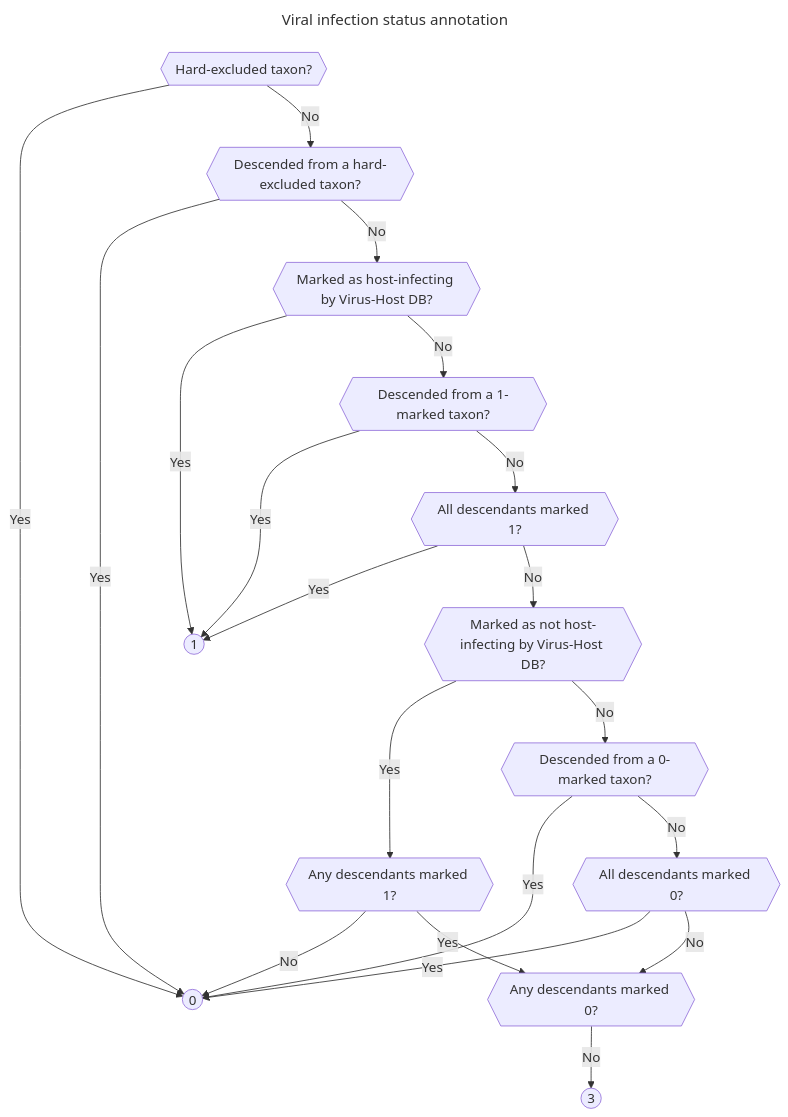
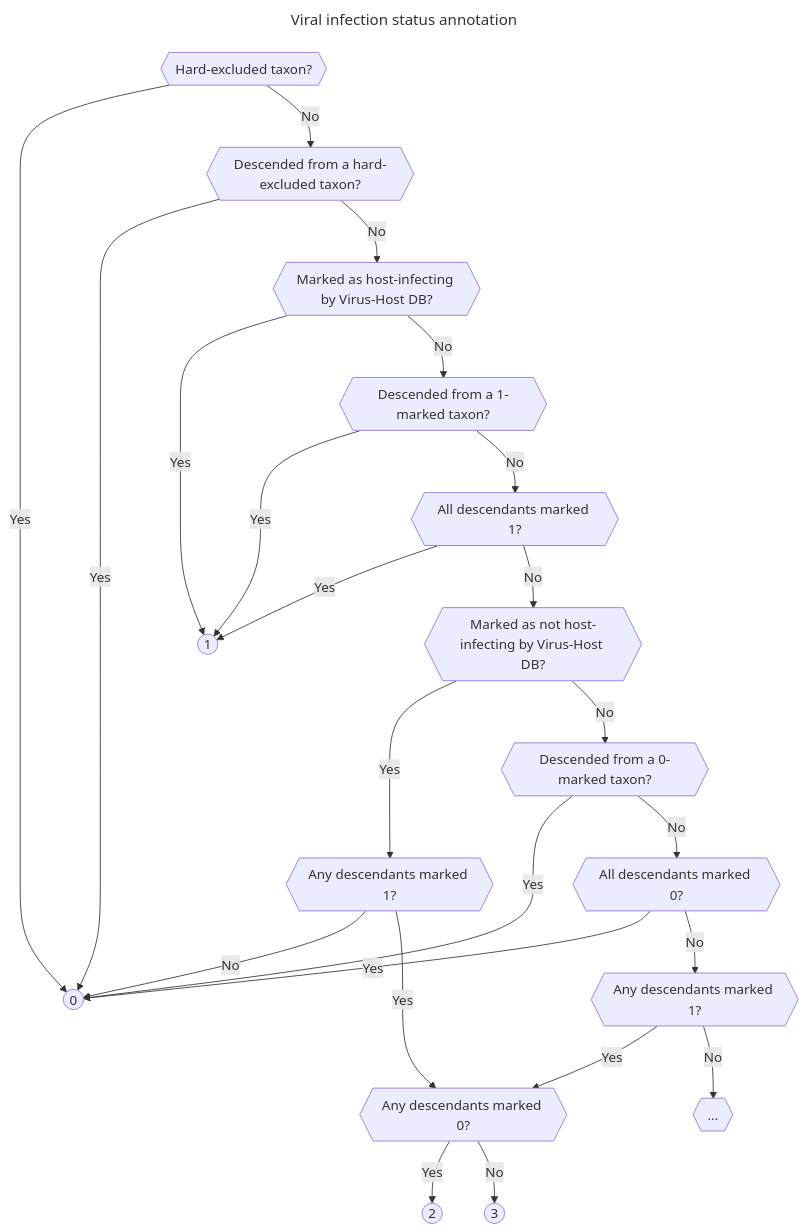
One commit to naobservatory/mgs-workflow changed the diagram in docs/annotation.md. Above: the diagram before and after it, drawn with Mermaid.

Commit message:
More work on docs

````diff
--- a/docs/annotation.md
+++ b/docs/annotation.md
@@ -12,27 +12,30 @@
 ```mermaid
 ---
 title: Viral infection status annotation
 config:
     layout: "auto"
 ---
 flowchart TD
 A{{Hard-excluded taxon?}} -->|Yes| B((0))
 A --> |No| C{{Descended from a hard-excluded taxon?}}
 C -->|Yes| B
 C -->|No| D{{Marked as host-infecting by Virus-Host DB?}}
 D -->|Yes| E((1))
 D -->|No| F{{Descended from a 1-marked taxon?}}
 F -->|Yes| E
 F -->|No| G{{All descendants marked 1?}}
 G -->|Yes| E
 G -->|No| H{{Marked as not host-infecting by Virus-Host DB?}}
 H -->|Yes| I{{Any descendants marked 1?}}
 I -->|No| B
 H -->|No| J{{Descended from a 0-marked taxon?}}
 J -->|Yes| B
 J -->|No| K{{All descendants marked 0?}}
 K -->|Yes| B
-K -->|No| L{{Any descendants marked 0?}}
-I -->|Yes| L
-L -->|No| M((3))
+K -->|No| L{{Any descendants marked 1?}}
+L -->|Yes| M{{Any descendants marked 0?}}
+I -->|Yes| M
+M -->|Yes| N((2))
+M -->|No| O((3))
+L -->|No| P{{...}}
 ```
````
